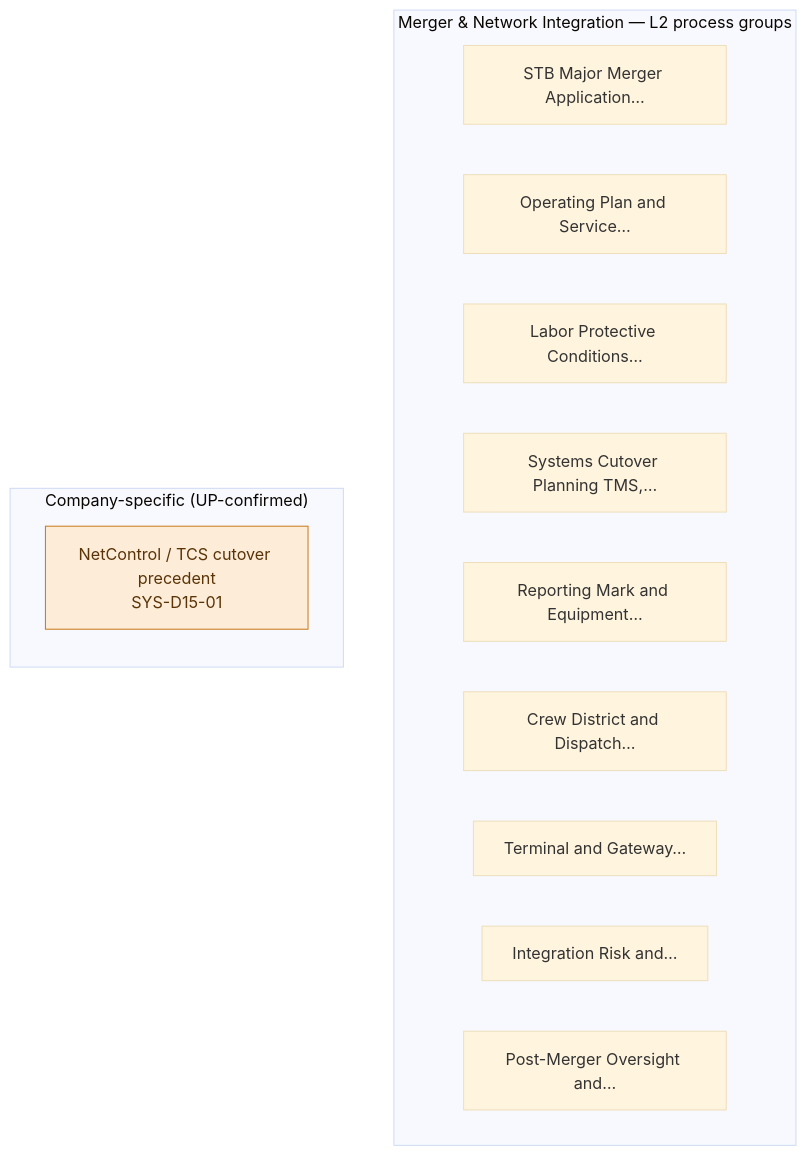
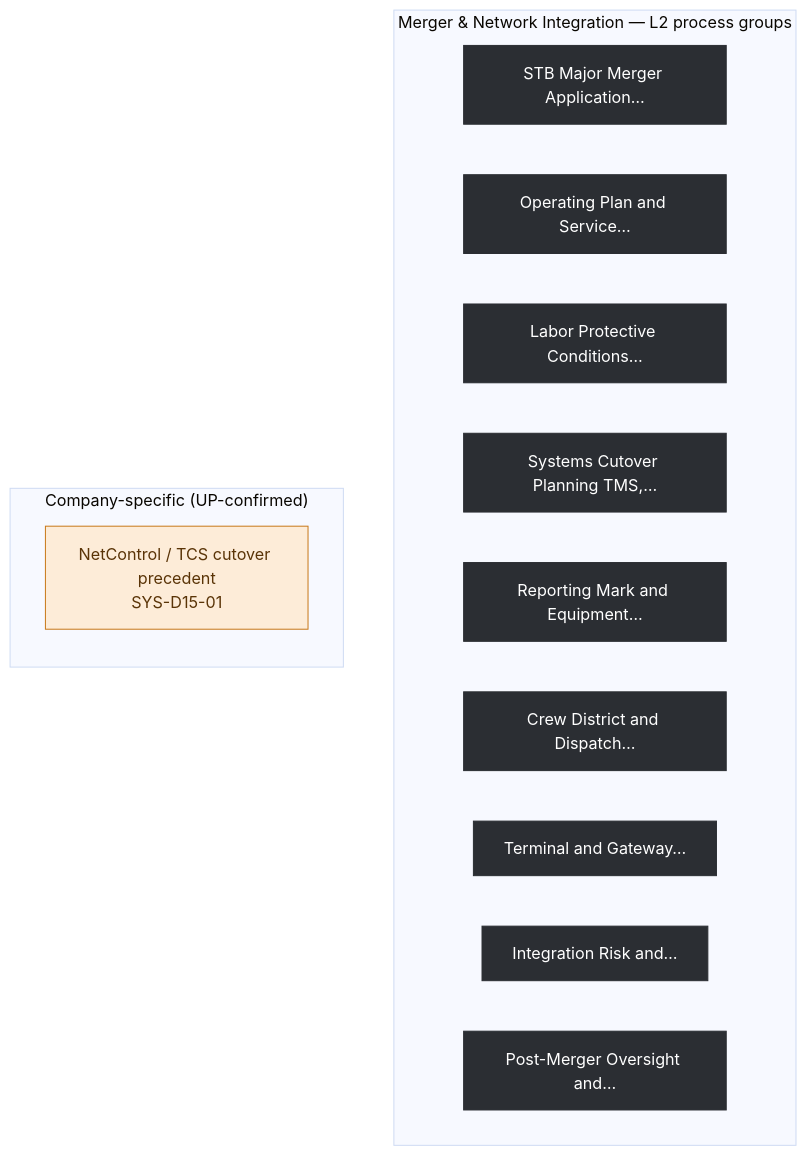
One commit to ghatk047/rail-wiki changed the diagram in ea-diagrams/rr-15-merger-network-integration.mmd. Above: the diagram before and after it, drawn with Mermaid. The commit also changed 474 other files, not shown here.

First line of the commit message:
Fix blurry lightbox zoom; add real usage connectors to EA diagrams

```diff
--- a/ea-diagrams/rr-15-merger-network-integration.mmd
+++ b/ea-diagrams/rr-15-merger-network-integration.mmd
@@ -1,25 +1,28 @@
 %%{init: {'flowchart': {'curve': 'basis'}, 'theme':'base'}}%%
 flowchart TB
 
   subgraph PROCS["Merger & Network Integration — L2 process groups"]
     direction LR
-    G1["STB Major Merger Application…"]
-    G2["Operating Plan and Service…"]
-    G3["Labor Protective Conditions…"]
-    G4["Systems Cutover Planning TMS,…"]
-    G5["Reporting Mark and Equipment…"]
-    G6["Crew District and Dispatch…"]
-    G7["Terminal and Gateway…"]
-    G8["Integration Risk and…"]
-    G9["Post-Merger Oversight and…"]
+    G1["STB Major Merger Application…"]:::l2
+    G2["Operating Plan and Service…"]:::l2
+    G3["Labor Protective Conditions…"]:::l2
+    G4["Systems Cutover Planning TMS,…"]:::l2
+    G5["Reporting Mark and Equipment…"]:::l2
+    G6["Crew District and Dispatch…"]:::l2
+    G7["Terminal and Gateway…"]:::l2
+    G8["Integration Risk and…"]:::l2
+    G9["Post-Merger Oversight and…"]:::l2
   end
 
   subgraph COMPANY["Company-specific (UP-confirmed)"]
     direction TB
     C1["NetControl / TCS cutover precedent\nSYS-D15-01"]:::company
   end
 
+  %% No generated process yet cites a system in this domain -- no usage edges to draw
+
+classDef l2 fill:#2b2e33,color:#fff,stroke:#2b2e33
 classDef company fill:#fdecd8,stroke:#c8791a,color:#5a3407
 classDef industry fill:#e6e9ec,stroke:#5c5f66,color:#2b2e33
 classDef other fill:#f2f2f0,stroke:#9a9da3,color:#3d4348
 classDef empty fill:#fff4e5,stroke:#c8791a,color:#5a3407,stroke-dasharray: 4 3
```
